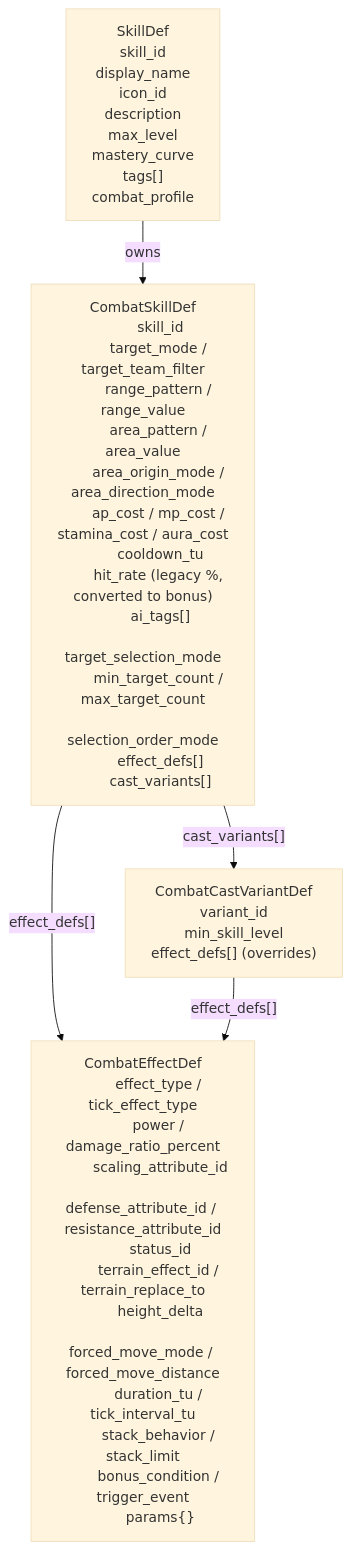
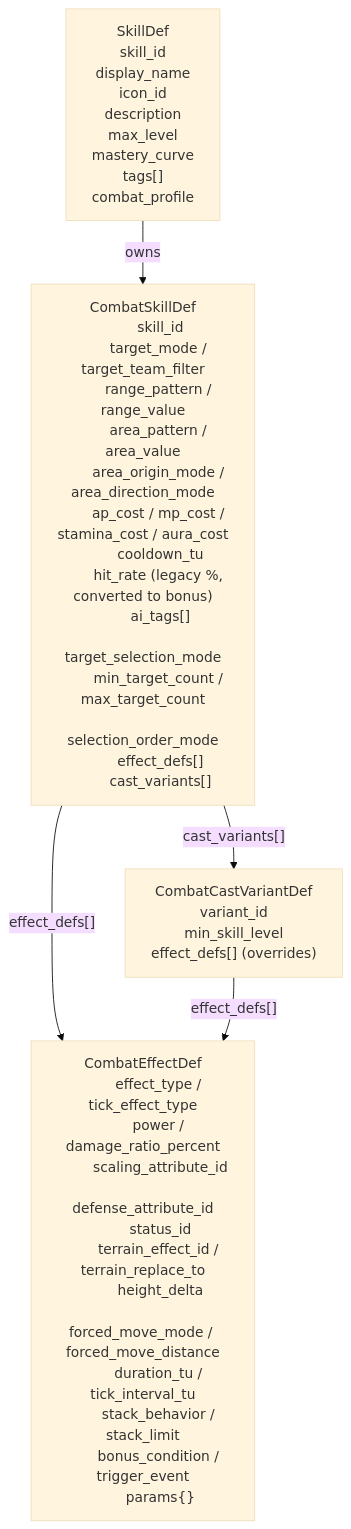
Before and after one commit to lu1434417495-sys/magic: the diagram in docs/design/skills_implementation_plan.md, drawn with Mermaid (base theme). The commit also changed 8 other files, not shown here.

````diff
--- a/docs/design/skills_implementation_plan.md
+++ b/docs/design/skills_implementation_plan.md
@@ -70,52 +70,52 @@
 ```mermaid
 flowchart TD
 	S["SkillDef
 	skill_id
 	display_name
 	icon_id
 	description
 	max_level
 	mastery_curve
 	tags[]
 	combat_profile"]
 
 	C["CombatSkillDef
 	skill_id
 	target_mode / target_team_filter
 	range_pattern / range_value
 	area_pattern / area_value
 	area_origin_mode / area_direction_mode
 	ap_cost / mp_cost / stamina_cost / aura_cost
 	cooldown_tu
 	hit_rate (legacy %, converted to bonus)
 	ai_tags[]
 	target_selection_mode
 	min_target_count / max_target_count
 	selection_order_mode
 	effect_defs[]
 	cast_variants[]"]
 
 	E["CombatEffectDef
 	effect_type / tick_effect_type
 	power / damage_ratio_percent
 	scaling_attribute_id
-	defense_attribute_id / resistance_attribute_id
+	defense_attribute_id
 	status_id
 	terrain_effect_id / terrain_replace_to
 	height_delta
 	forced_move_mode / forced_move_distance
 	duration_tu / tick_interval_tu
 	stack_behavior / stack_limit
 	bonus_condition / trigger_event
 	params{}"]
 
 	V["CombatCastVariantDef
 	variant_id
 	min_skill_level
 	effect_defs[] (overrides)"]
 
 	S -->|"owns"| C
 	C -->|"effect_defs[]"| E
 	C -->|"cast_variants[]"| V
 	V -->|"effect_defs[]"| E
 ```
````
